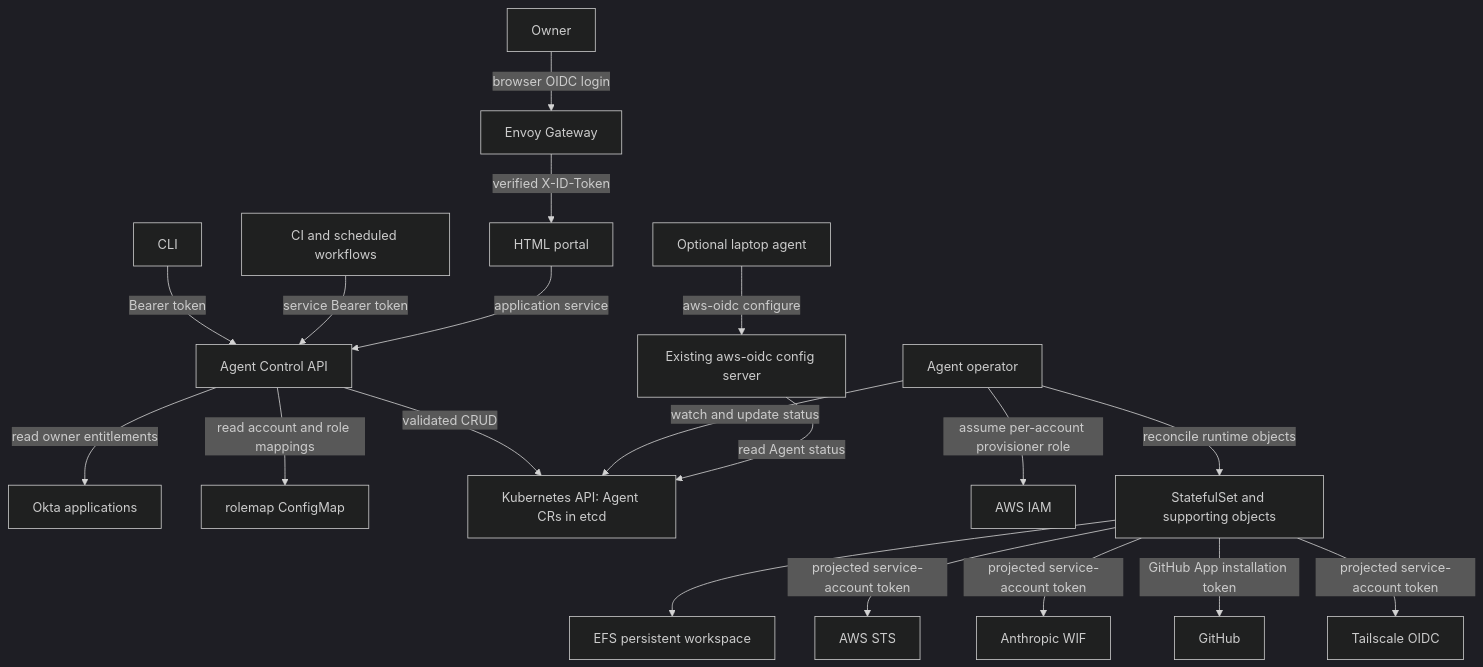
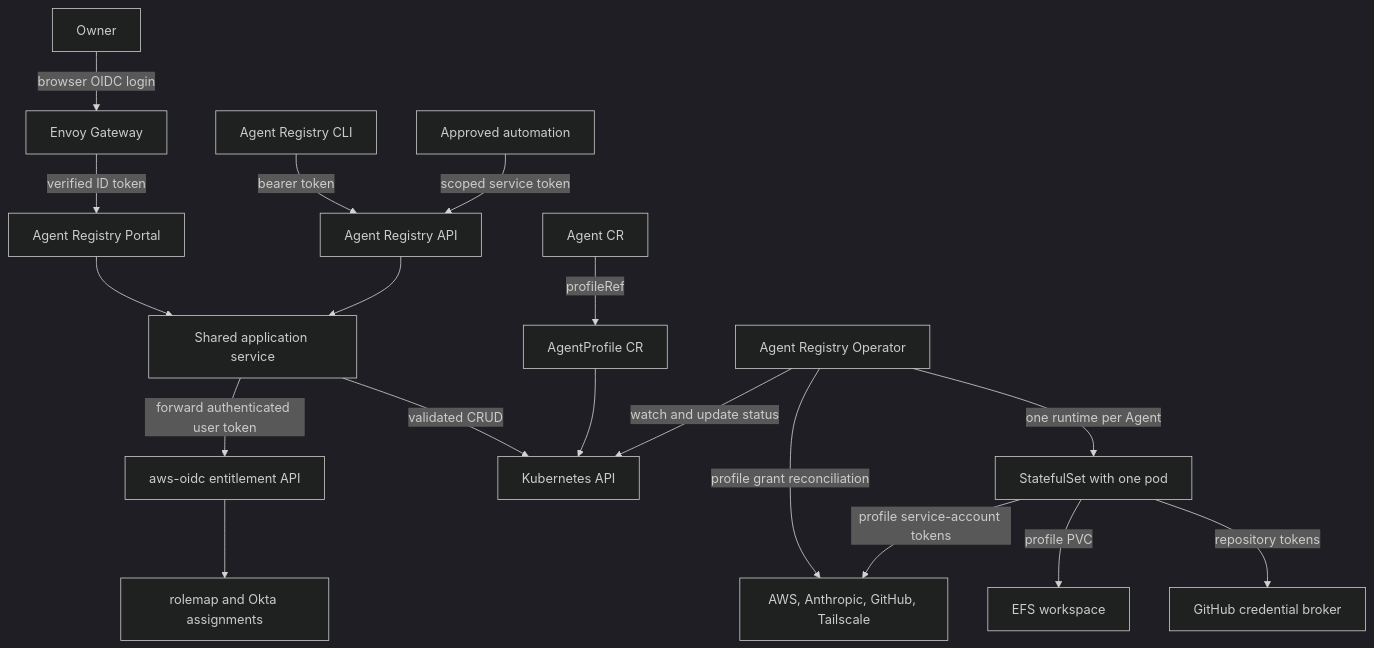
The diagram in docs/agent-registry-control-plane.md (chanzuckerberg/aws-oidc), drawn with Mermaid (dark theme) before and after one commit. The commit also changed other lines of this file, not shown here.

Commit message:
docs: revise remote agent control plane plan

````diff
--- a/docs/agent-registry-control-plane.md
+++ b/docs/agent-registry-control-plane.md
@@ -40,24 +80,23 @@
 ```mermaid
 flowchart TB
   owner["Owner"] -->|"browser OIDC login"| gateway["Envoy Gateway"]
-  gateway -->|"verified X-ID-Token"| portal["HTML portal"]
-  cli["CLI"] -->|"Bearer token"| controlAPI["Agent Control API"]
-  workflow["CI and scheduled workflows"] -->|"service Bearer token"| controlAPI
-  portal -->|"application service"| controlAPI
-  controlAPI -->|"read owner entitlements"| okta["Okta applications"]
-  controlAPI -->|"read account and role mappings"| rolemap["rolemap ConfigMap"]
-  controlAPI -->|"validated CRUD"| kubeAPI["Kubernetes API: Agent CRs in etcd"]
+  gateway -->|"verified ID token"| portal["Agent Registry Portal"]
+  cli["Agent Registry CLI"] -->|"bearer token"| api["Agent Registry API"]
+  automation["Approved automation"] -->|"scoped service token"| api
+  portal --> app["Shared application service"]
+  api --> app
 
-  operator["Agent operator"] -->|"watch and update status"| kubeAPI
-  operator -->|"assume per-account provisioner role"| iam["AWS IAM"]
-  operator -->|"reconcile runtime objects"| runtime["StatefulSet and supporting objects"]
+  app -->|"forward authenticated user token"| entitlements["aws-oidc entitlement API"]
+  entitlements --> rolemap["rolemap and Okta assignments"]
+  app -->|"validated CRUD"| kube["Kubernetes API"]
 
-  runtime --> efs["EFS persistent workspace"]
-  runtime -->|"projected service-account token"| sts["AWS STS"]
-  runtime -->|"projected service-account token"| anthropic["Anthropic WIF"]
-  runtime -->|"GitHub App installation token"| github["GitHub"]
-  runtime -->|"projected service-account token"| tailscale["Tailscale OIDC"]
+  profile["AgentProfile CR"] --> kube
+  agent["Agent CR"] -->|"profileRef"| profile
+  operator["Agent Registry Operator"] -->|"watch and update status"| kube
+  operator -->|"profile grant reconciliation"| providers["AWS, Anthropic, GitHub, Tailscale"]
+  operator -->|"one runtime per Agent"| runtime["StatefulSet with one pod"]
 
-  config["Existing aws-oidc config server"] -->|"read Agent status"| kubeAPI
-  laptop["Optional laptop agent"] -->|"aws-oidc configure"| config
+  runtime -->|"profile PVC"| efs["EFS workspace"]
+  runtime -->|"profile service-account tokens"| providers
+  runtime -->|"repository tokens"| broker["GitHub credential broker"]
 ```
````
